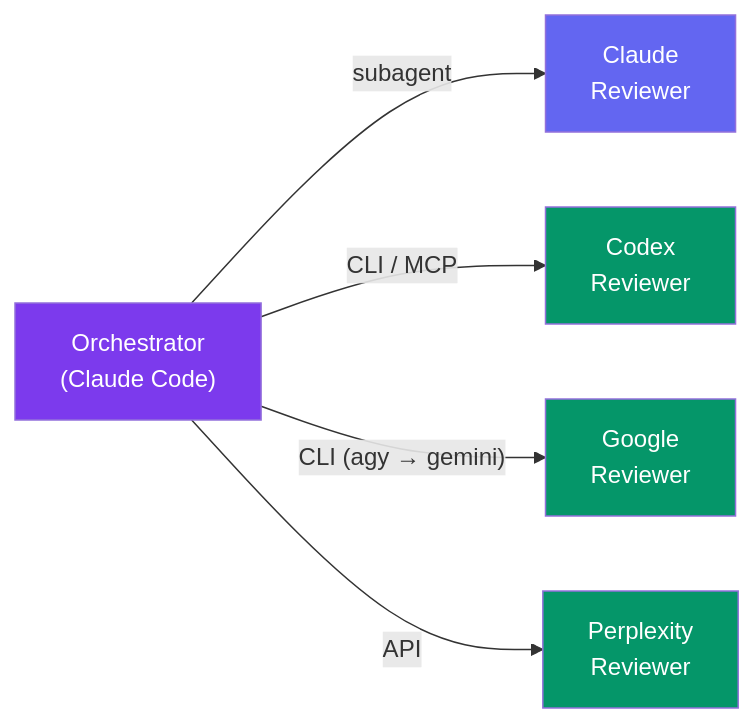
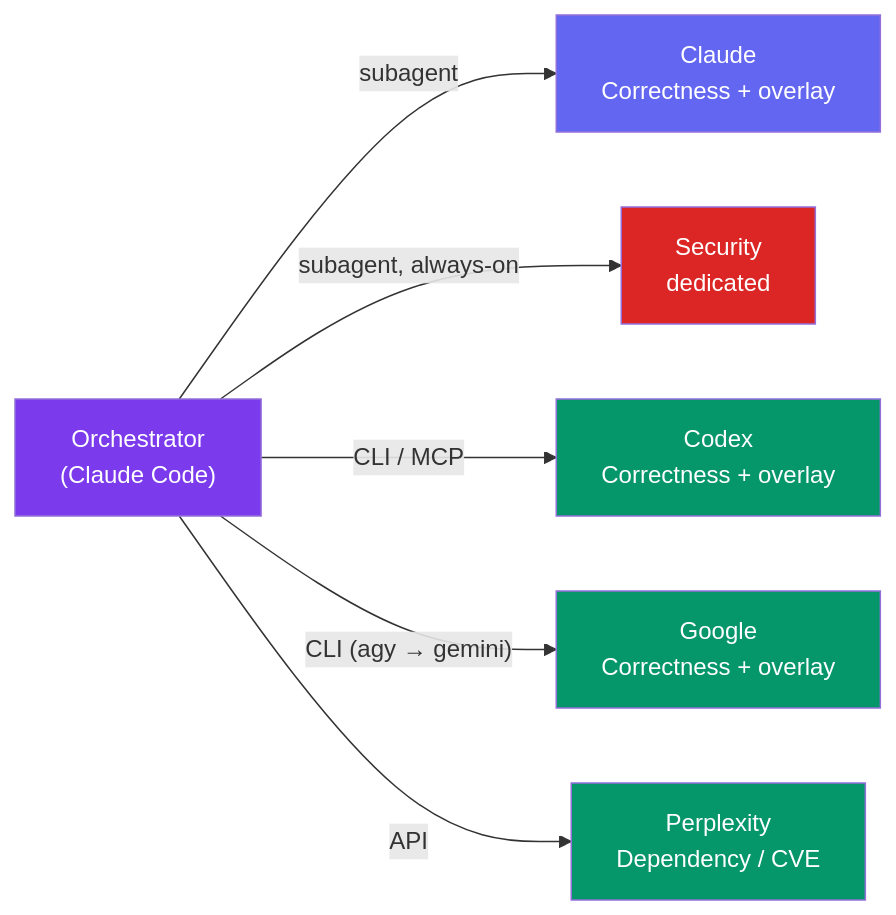
The second of 5 diagrams in README.md (deployhq/review-council), drawn with Mermaid before and after one commit. The commit also changed other lines of this file and 2 other files, not shown here.

````diff
--- a/README.md
+++ b/README.md
@@ -92,13 +107,15 @@
 ```mermaid
 graph LR
-    O["Orchestrator<br/>(Claude Code)"] -->|subagent| C["Claude<br/>Reviewer"]
-    O -->|"CLI / MCP"| X["Codex<br/>Reviewer"]
-    O -->|"CLI (agy → gemini)"| G["Google<br/>Reviewer"]
-    O -->|"API"| P["Perplexity<br/>Reviewer"]
+    O["Orchestrator<br/>(Claude Code)"] -->|subagent| C["Claude<br/>Correctness + overlay"]
+    O -->|"subagent, always-on"| S["Security<br/>dedicated"]
+    O -->|"CLI / MCP"| X["Codex<br/>Correctness + overlay"]
+    O -->|"CLI (agy → gemini)"| G["Google<br/>Correctness + overlay"]
+    O -->|"API"| P["Perplexity<br/>Dependency / CVE"]
 
     style O fill:#7c3aed,color:#fff
     style C fill:#6366f1,color:#fff
+    style S fill:#dc2626,color:#fff
     style X fill:#059669,color:#fff
     style G fill:#059669,color:#fff
     style P fill:#059669,color:#fff
 ```
````
